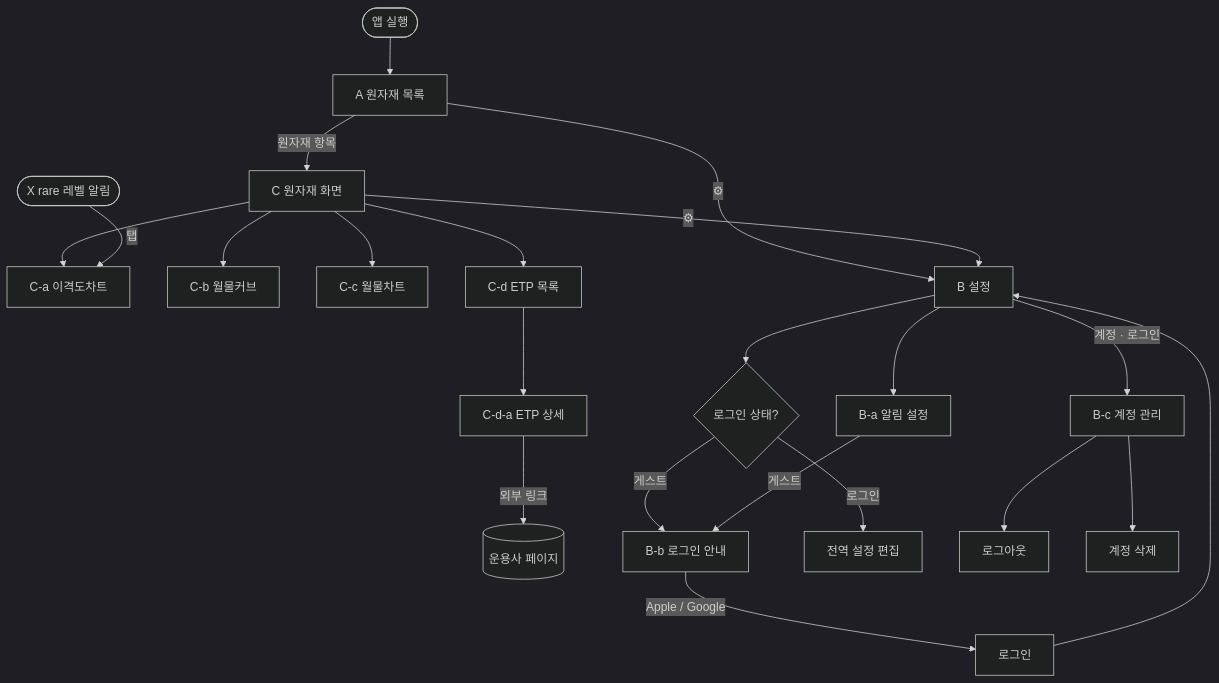
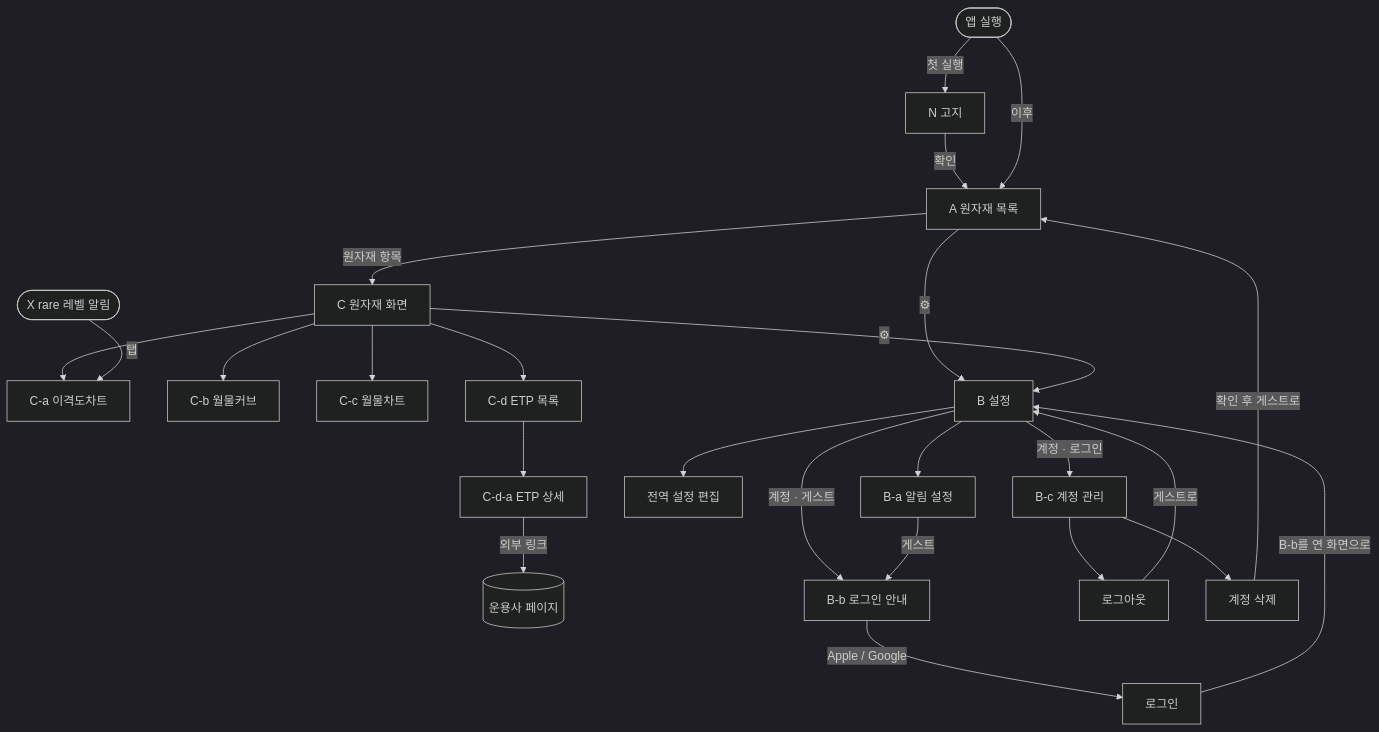
Before and after one commit to seyoun10/futureETP: the diagram in docs/product.md, drawn with Mermaid (dark theme). The commit also changed other lines of this file and 3 other files, not shown here.

First line of the commit message:
docs: draft service overview, features, flows and wireframes

````diff
--- a/docs/product.md
+++ b/docs/product.md
@@ -211,24 +263,27 @@
 ```mermaid
 flowchart TD
-    Start([앱 실행]) --> A[A 원자재 목록]
+    Start([앱 실행]) -->|첫 실행| N[N 고지]
+    N -->|확인| A
+    Start -->|이후| A[A 원자재 목록]
     A -->|원자재 항목| C[C 원자재 화면]
     C --> Ca[C-a 이격도차트]
     C --> Cb[C-b 월물커브]
     C --> Cc[C-c 월물차트]
     C --> Cd[C-d ETP 목록]
     Cd --> Cda[C-d-a ETP 상세]
     Cda -->|외부 링크| Issuer[(운용사 페이지)]
     A -->|⚙| B[B 설정]
     C -->|⚙| B
-    B --> Guest{로그인 상태?}
-    Guest -->|게스트| Bb[B-b 로그인 안내]
+    B --> EditSettings[전역 설정 편집]
+    B -->|계정 · 게스트| Bb[B-b 로그인 안내]
     Bb -->|Apple / Google| Auth[로그인]
-    Auth --> B
-    Guest -->|로그인| EditSettings[전역 설정 편집]
+    Auth -->|B-b를 연 화면으로| B
     B --> Ba[B-a 알림 설정]
     Ba -->|게스트| Bb
     B -->|계정 · 로그인| Bc[B-c 계정 관리]
     Bc --> Logout[로그아웃]
+    Logout -->|게스트로| B
     Bc --> Delete[계정 삭제]
+    Delete -->|확인 후 게스트로| A
     X([X rare 레벨 알림]) -->|탭| Ca
 ```
````
